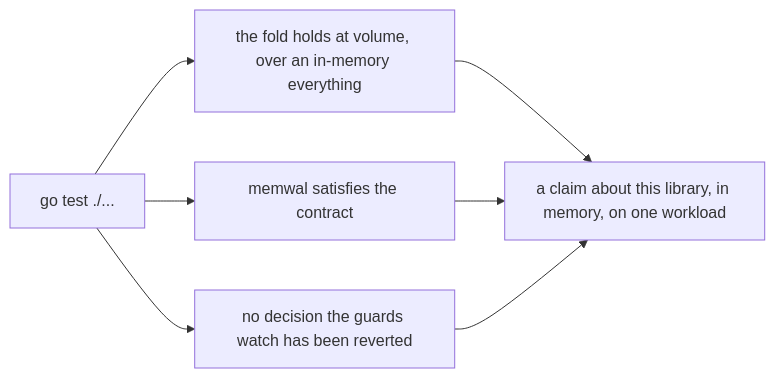
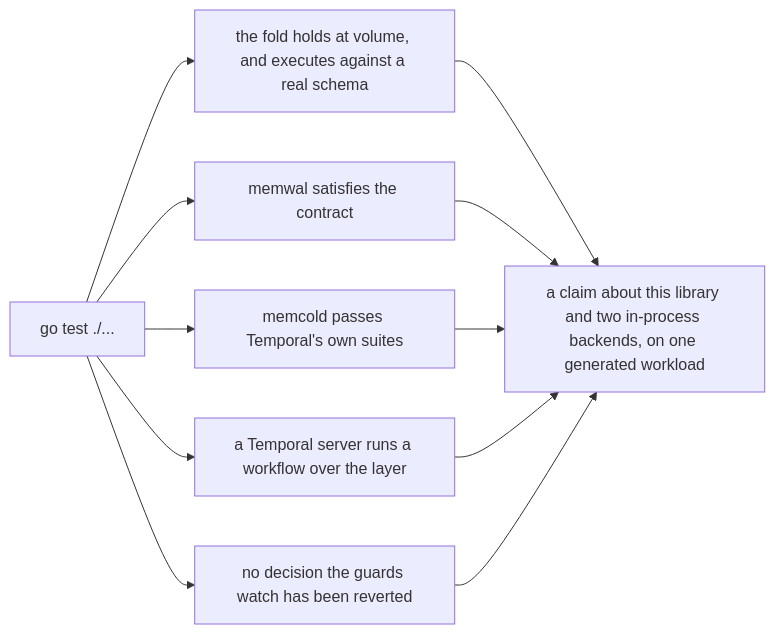
Before and after one commit to aromanovich/waltz: the diagram in docs/handbook/15-the-limits-of-the-evidence.md, drawn with Mermaid. The commit also changed other lines of this file and 47 other files, not shown here.

First line of the commit message:
cold: the built-in store, and a real server booted over both seams

````diff
--- a/docs/handbook/15-the-limits-of-the-evidence.md
+++ b/docs/handbook/15-the-limits-of-the-evidence.md
@@ -210,9 +246,13 @@
 ```mermaid
 graph LR
-  A["go test ./..."] --> A1["the fold holds at volume, over an in-memory everything"]
+  A["go test ./..."] --> A1["the fold holds at volume, and executes against a real schema"]
   A --> A2["memwal satisfies the contract"]
+  A --> A5["memcold passes Temporal's own suites"]
+  A --> A4["a Temporal server runs a workflow over the layer"]
   A --> A3["no decision the guards watch has been reverted"]
-  A1 --> B["a claim about this library, in memory, on one workload"]
+  A1 --> B["a claim about this library and two in-process backends, on one generated workload"]
   A2 --> B
+  A5 --> B
+  A4 --> B
   A3 --> B
 ```
````
